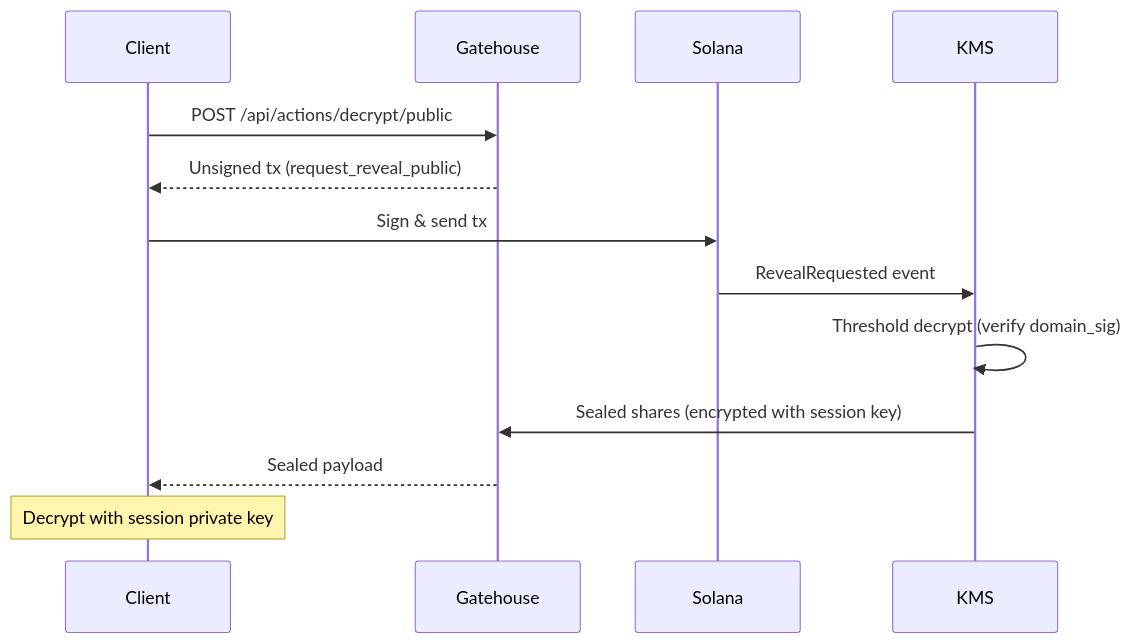
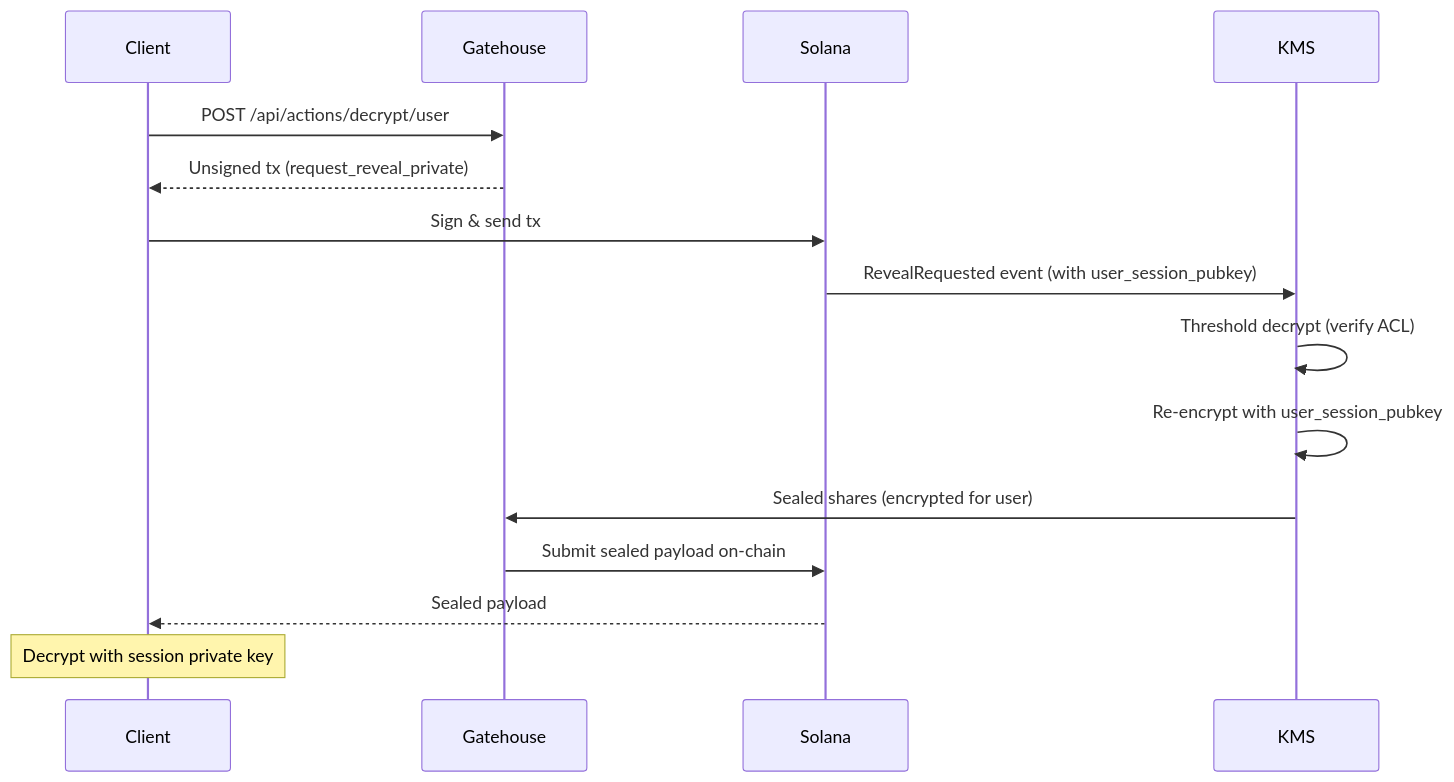
Before and after one commit to waLLLnut/LatticA: the sixth of 6 diagrams in lattica-gatehouse/README.md, drawn with Mermaid. The commit also changed other lines of this file and 2 other files, not shown here.

Commit message:
fix: correct public decryption flow to remove session key encryption

````diff
--- a/lattica-gatehouse/README.md
+++ b/lattica-gatehouse/README.md
@@ -206,11 +240,13 @@
 ```mermaid
 sequenceDiagram
-    Client->>Gatehouse: POST /api/actions/decrypt/public
-    Gatehouse-->>Client: Unsigned tx (request_reveal_public)
+    Client->>Gatehouse: POST /api/actions/decrypt/user
+    Gatehouse-->>Client: Unsigned tx (request_reveal_private)
     Client->>Solana: Sign & send tx
-    Solana->>KMS: RevealRequested event
-    KMS->>KMS: Threshold decrypt (verify domain_sig)
-    KMS->>Gatehouse: Sealed shares (encrypted with session key)
-    Gatehouse-->>Client: Sealed payload
+    Solana->>KMS: RevealRequested event (with user_session_pubkey)
+    KMS->>KMS: Threshold decrypt (verify ACL)
+    KMS->>KMS: Re-encrypt with user_session_pubkey
+    KMS->>Gatehouse: Sealed shares (encrypted for user)
+    Gatehouse->>Solana: Submit sealed payload on-chain
+    Solana-->>Client: Sealed payload
     Note over Client: Decrypt with session private key
 ```
````
